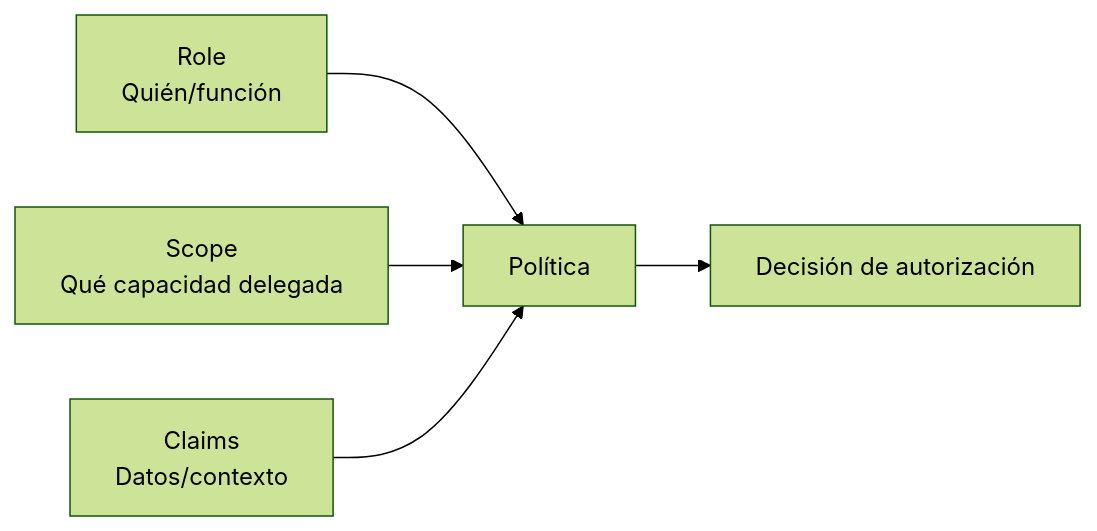
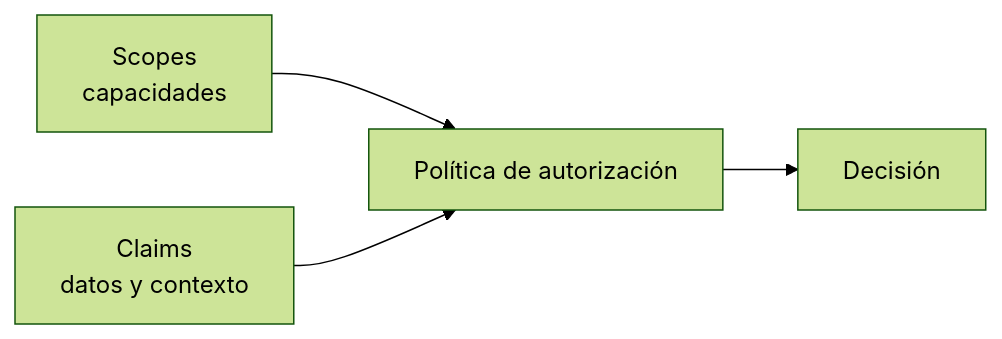
One commit to cmartinezs/DSY1107-DESARROLLO-CLOUD-NATIVE-I-2026-2 changed the sixth of 8 diagrams in semanas/semana-02/01-oauth2-oidc.md. Above: the diagram before and after it, drawn with Mermaid (forest theme). The commit also changed other lines of this file, not shown here.

Commit message:
docs: fix OAuth/OIDC pedagogy and GitHub-safe Mermaid

````diff
--- a/semanas/semana-02/01-oauth2-oidc.md
+++ b/semanas/semana-02/01-oauth2-oidc.md
@@ -450,7 +175,6 @@
 ```mermaid
 flowchart LR
-    R[Role\nQuién/función] --> P[Política]
-    S[Scope\nQué capacidad delegada] --> P
-    C[Claims\nDatos/contexto] --> P
-    P --> D[Decisión de autorización]
+    S["Scopes<br/>capacidades"] --> P["Política de autorización"]
+    C["Claims<br/>datos y contexto"] --> P
+    P --> D["Decisión"]
 ```
````
